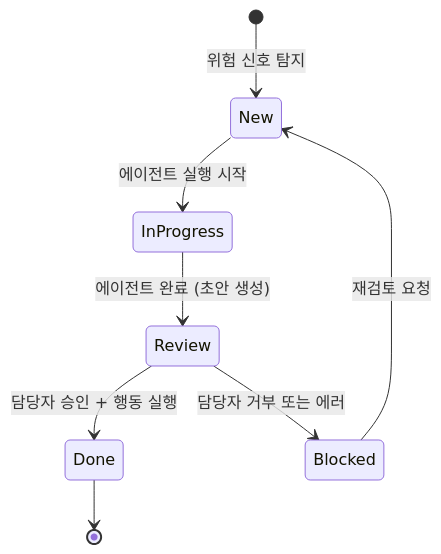
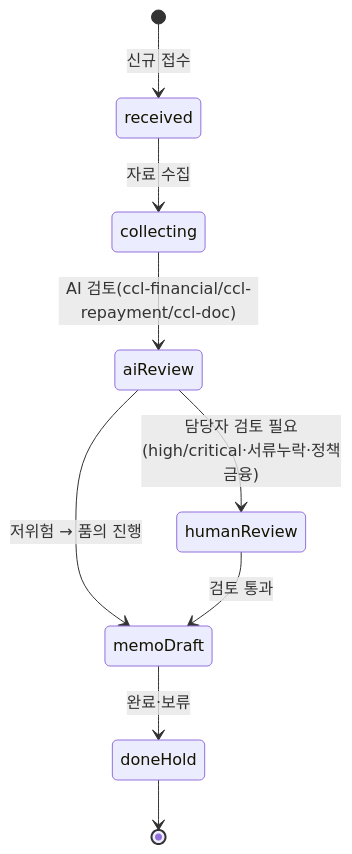
The diagram in 08_본선/03_제품/05_diagrams/02_case-lifecycle.md (LSB-afk/JB-FinAI-Challenge-GoLAB-JByond), drawn with Mermaid before and after one commit. The commit also changed other lines of this file and 6 other files, not shown here.

First line of the commit message:
docs(본선): 05_diagrams 6종 최신화(실코드 근거) + _원문 gitignore 강화

````diff
--- a/08_본선/03_제품/05_diagrams/02_case-lifecycle.md
+++ b/08_본선/03_제품/05_diagrams/02_case-lifecycle.md
@@ -34,10 +24,11 @@
 ```mermaid
 stateDiagram-v2
-    [*] --> New : 위험 신호 탐지
-    New --> InProgress : 에이전트 실행 시작
-    InProgress --> Review : 에이전트 완료 (초안 생성)
-    Review --> Done : 담당자 승인 + 행동 실행
-    Review --> Blocked : 담당자 거부 또는 에러
-    Done --> [*]
-    Blocked --> New : 재검토 요청
+    [*] --> received: 신규 접수
+    received --> collecting: 자료 수집
+    collecting --> aiReview: AI 검토(ccl-financial/ccl-repayment/ccl-doc)
+    aiReview --> humanReview: 담당자 검토 필요(high/critical·서류누락·정책금융)
+    aiReview --> memoDraft: 저위험 → 품의 진행
+    humanReview --> memoDraft: 검토 통과
+    memoDraft --> doneHold: 완료·보류
+    doneHold --> [*]
 ```
````
